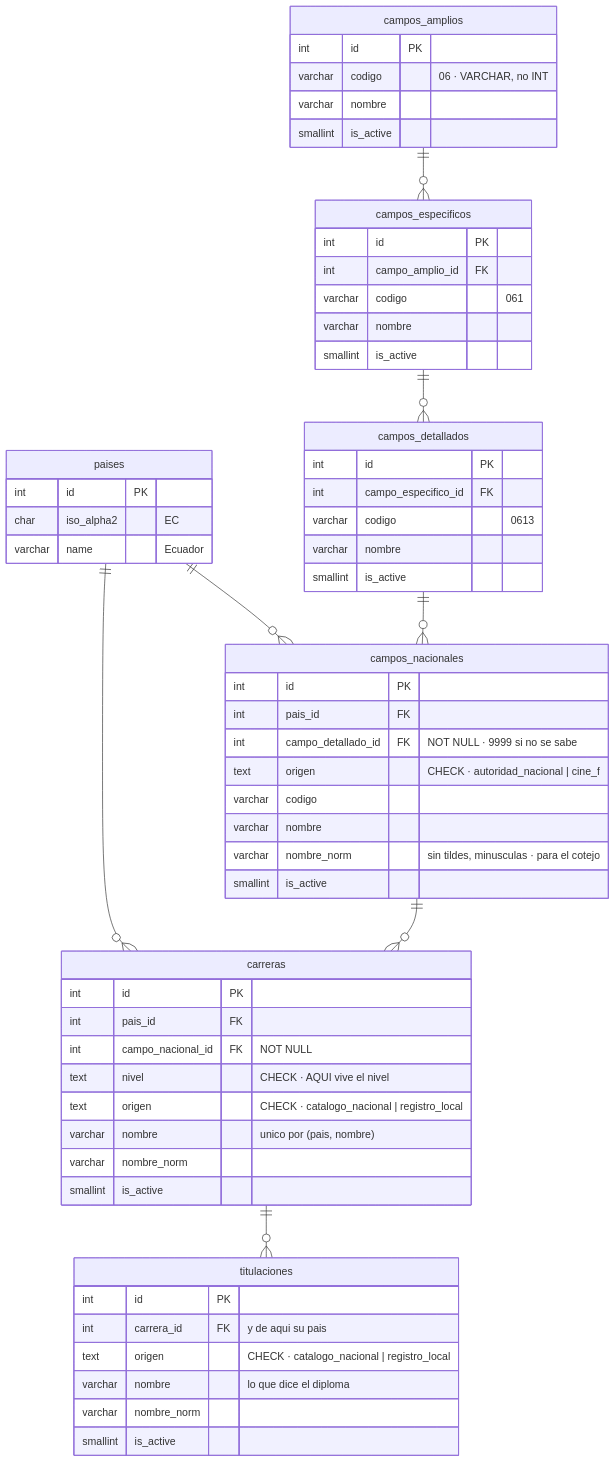
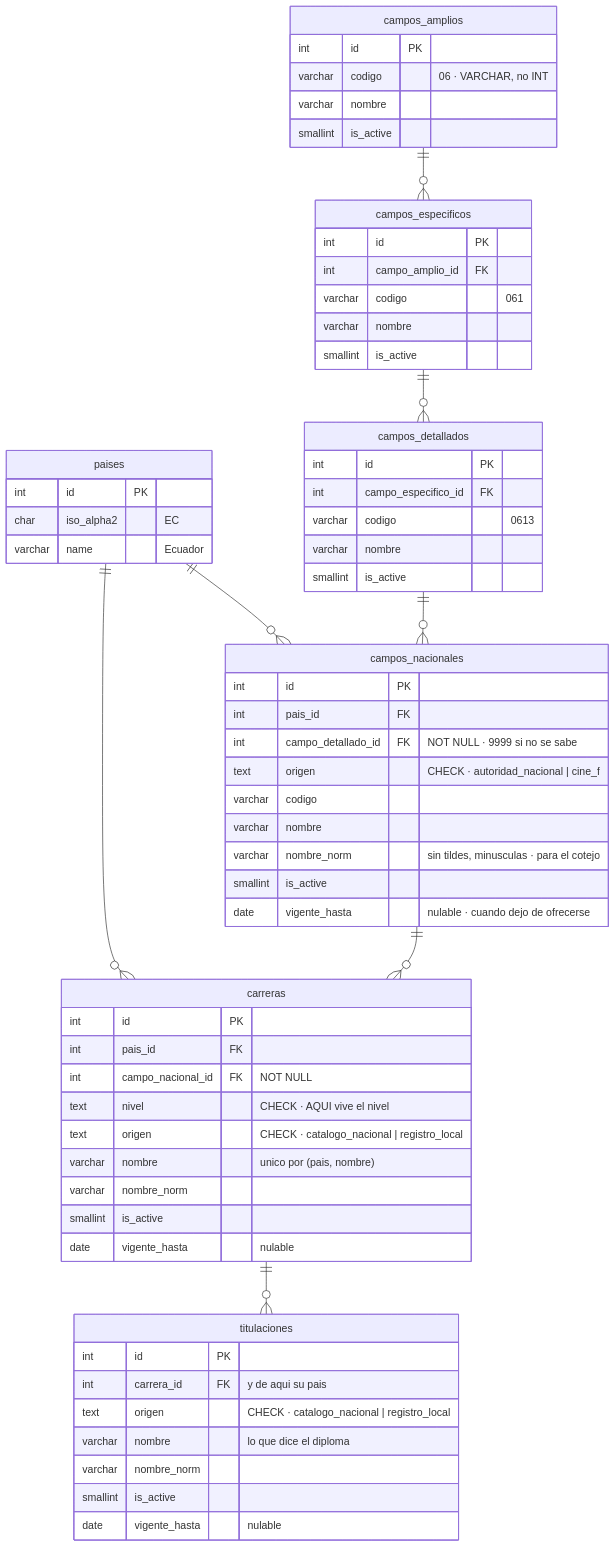
Before and after one commit to fresvel/deasy: the fifth of 8 diagrams in docs/src/content/docs/complemento/expediente.md, drawn with Mermaid. The commit also changed other lines of this file and 1 other file, not shown here.

````diff
--- a/docs/src/content/docs/complemento/expediente.md
+++ b/docs/src/content/docs/complemento/expediente.md
@@ -345,70 +345,73 @@
 ```mermaid
 erDiagram
   paises ||--o{ campos_nacionales : ""
   paises ||--o{ carreras : ""
   campos_amplios ||--o{ campos_especificos : ""
   campos_especificos ||--o{ campos_detallados : ""
   campos_detallados ||--o{ campos_nacionales : ""
   campos_nacionales ||--o{ carreras : ""
   carreras ||--o{ titulaciones : ""
 
   paises {
     int id PK
     char iso_alpha2 "EC"
     varchar name "Ecuador"
   }
 
   campos_amplios {
     int id PK
     varchar codigo "06 · VARCHAR, no INT"
     varchar nombre
     smallint is_active
   }
 
   campos_especificos {
     int id PK
     int campo_amplio_id FK
     varchar codigo "061"
     varchar nombre
     smallint is_active
   }
 
   campos_detallados {
     int id PK
     int campo_especifico_id FK
     varchar codigo "0613"
     varchar nombre
     smallint is_active
   }
 
   campos_nacionales {
     int id PK
     int pais_id FK
     int campo_detallado_id FK "NOT NULL · 9999 si no se sabe"
     text origen "CHECK · autoridad_nacional | cine_f"
     varchar codigo
     varchar nombre
     varchar nombre_norm "sin tildes, minusculas · para el cotejo"
     smallint is_active
+    date vigente_hasta "nulable · cuando dejo de ofrecerse"
   }
 
   carreras {
     int id PK
     int pais_id FK
     int campo_nacional_id FK "NOT NULL"
     text nivel "CHECK · AQUI vive el nivel"
     text origen "CHECK · catalogo_nacional | registro_local"
     varchar nombre "unico por (pais, nombre)"
     varchar nombre_norm
     smallint is_active
+    date vigente_hasta "nulable"
   }
 
   titulaciones {
     int id PK
     int carrera_id FK "y de aqui su pais"
     text origen "CHECK · catalogo_nacional | registro_local"
     varchar nombre "lo que dice el diploma"
     varchar nombre_norm
     smallint is_active
+    date vigente_hasta "nulable"
   }
 ```
````
